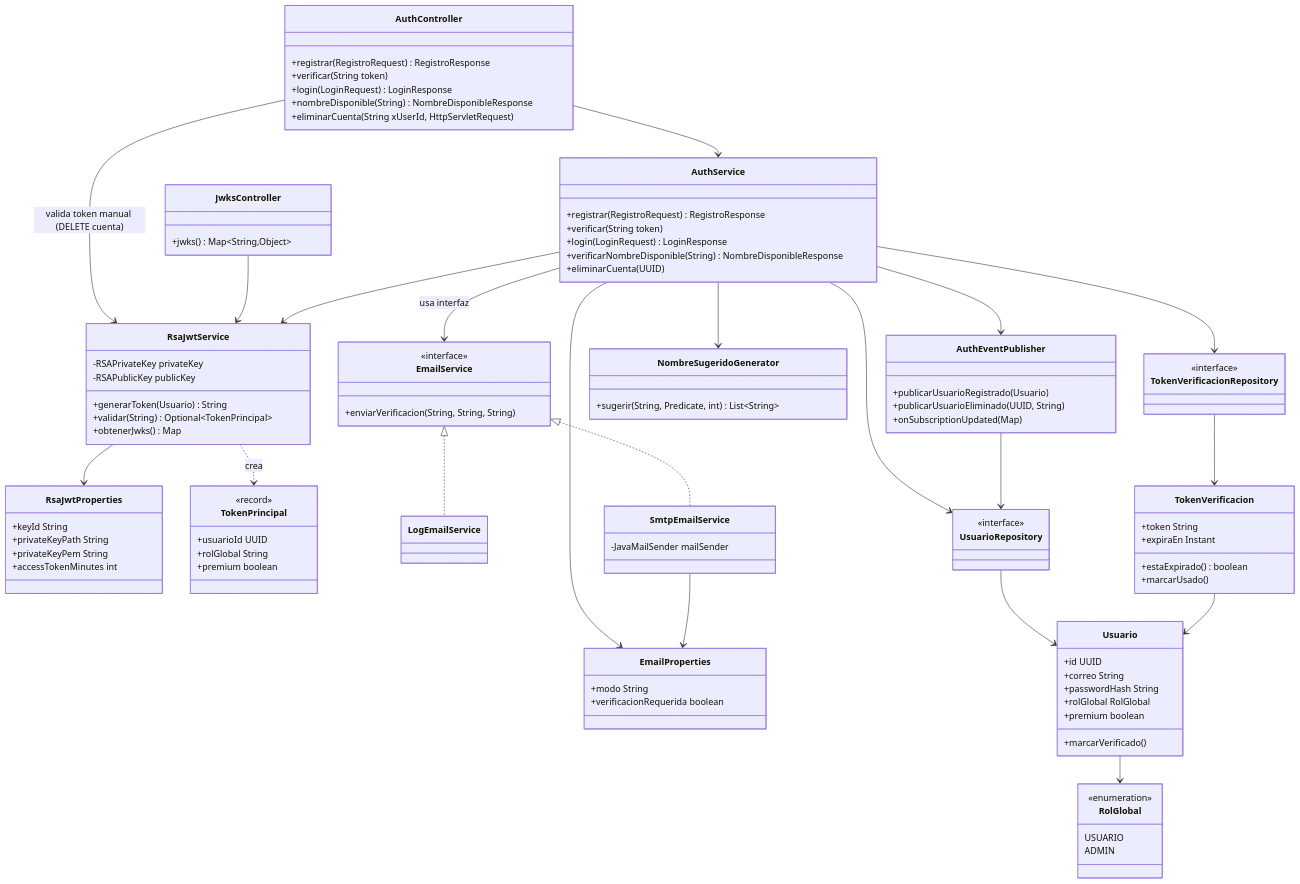
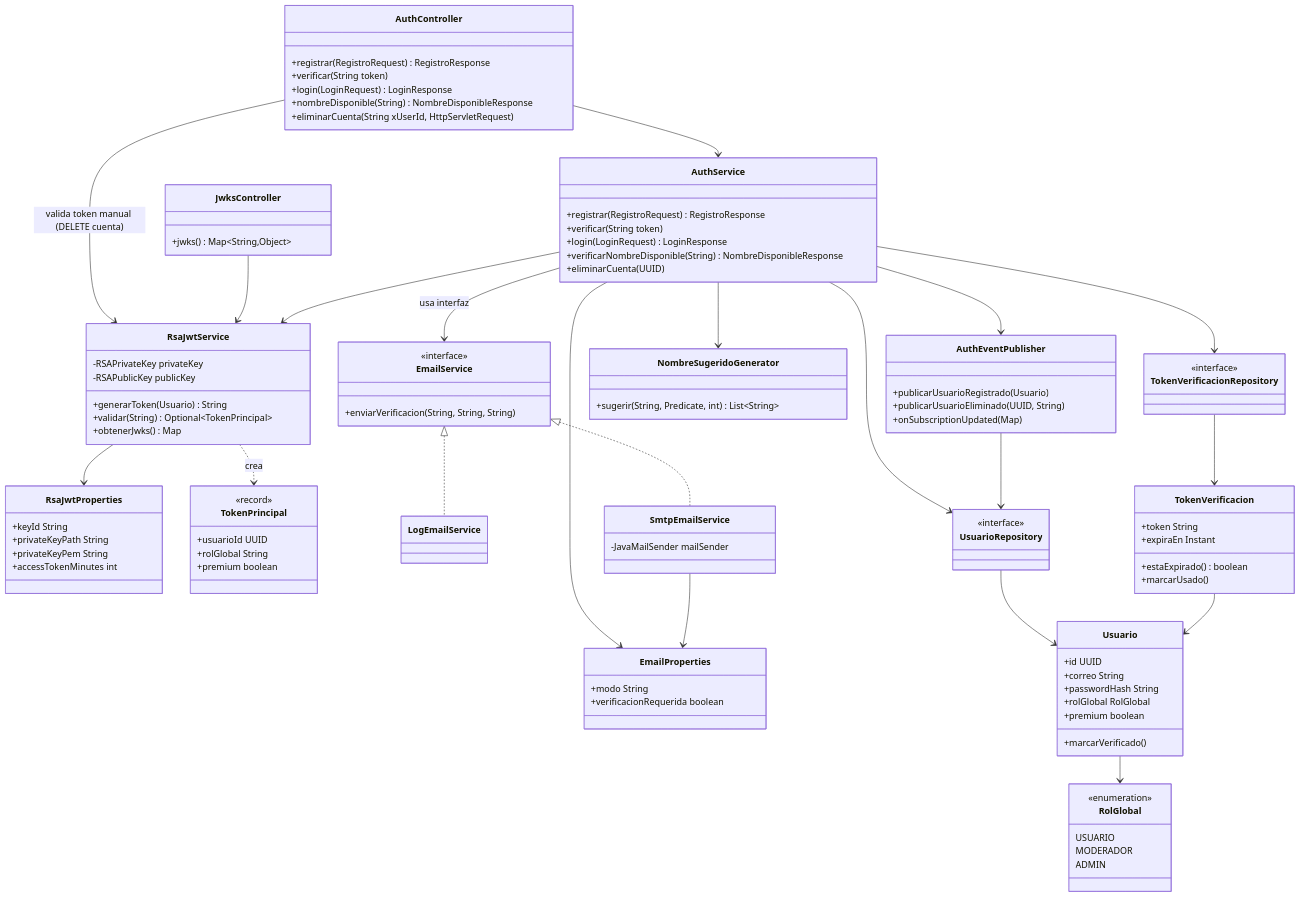
One commit to Artagram/artagram-auth changed the diagram in README.md. Above: the diagram before and after it, drawn with Mermaid. The commit also changed other lines of this file, not shown here.

Commit message:
docs: agregar descripción, diagrama de clases y escenarios de calidad al README

```diff
--- a/README.md
+++ b/README.md
@@ -88,6 +92,7 @@
     class RolGlobal {
         <<enumeration>>
         USUARIO
+        MODERADOR
         ADMIN
     }
     class UsuarioRepository {
```
